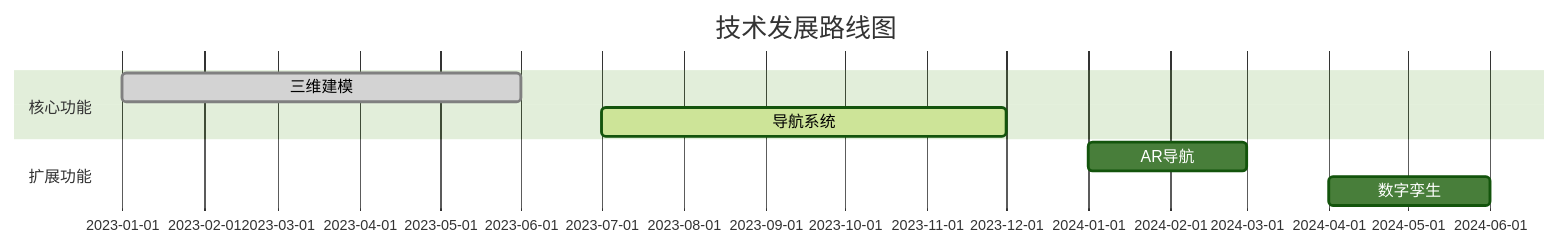
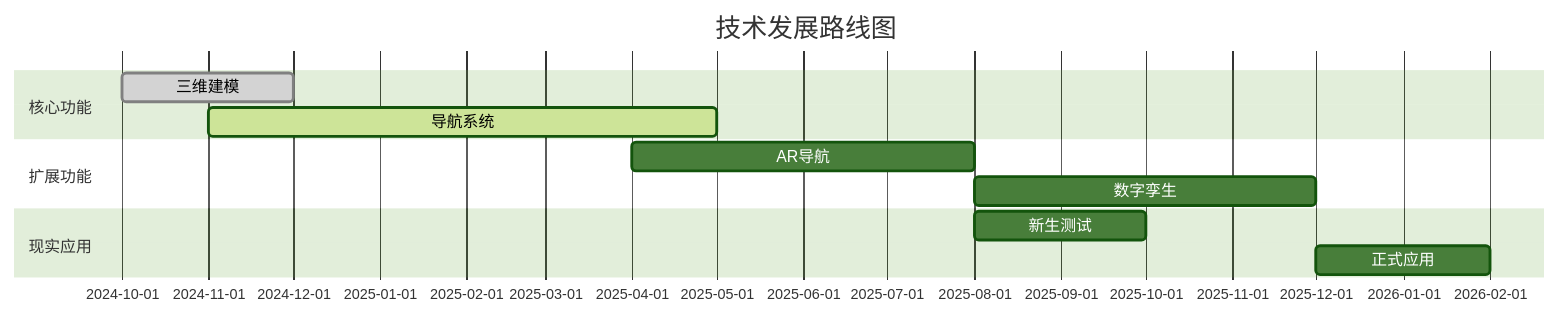
Before and after one commit to hongyun1312/3D_SchoolView: the third of 3 diagrams in README.md, drawn with Mermaid (forest theme). The commit also changed other lines of this file, not shown here.

````diff
--- a/README.md
+++ b/README.md
@@ -181,11 +185,14 @@
 ```mermaid
 gantt
     title 技术发展路线图
     dateFormat  YYYY-MM
     section 核心功能
-    三维建模       :done,    des1, 2023-01, 2023-06
-    导航系统       :active,  des2, 2023-07, 2023-12
+    三维建模       :done,    des1, 2024-10, 2024-12
+    导航系统       :active,  des2, 2024-11, 2025-05
     section 扩展功能
-    AR导航        :         des3, 2024-01, 2024-03
-    数字孪生      :         des4, 2024-04, 2024-06
+    AR导航        :         des3, 2025-04, 2025-08
+    数字孪生      :         des4, 2025-08, 2025-12
+    section 现实应用
+    新生测试      :         des5, 2025-08, 2025-10
+    正式应用      :         des6, 2025-12, 2026-02
 ```
````
